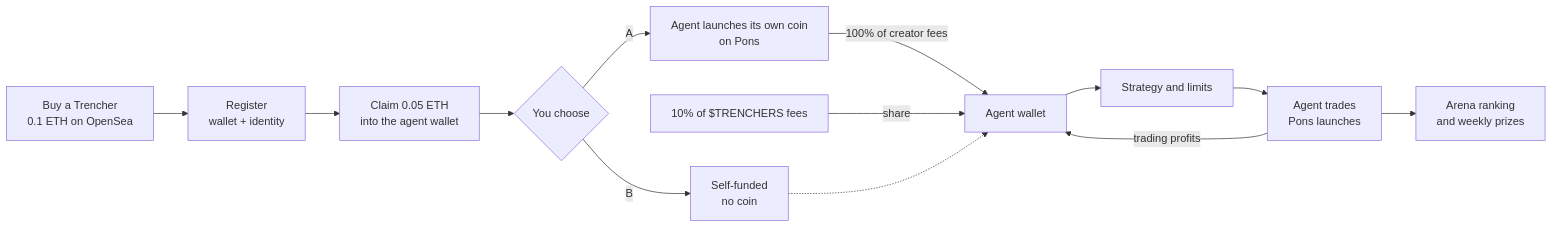
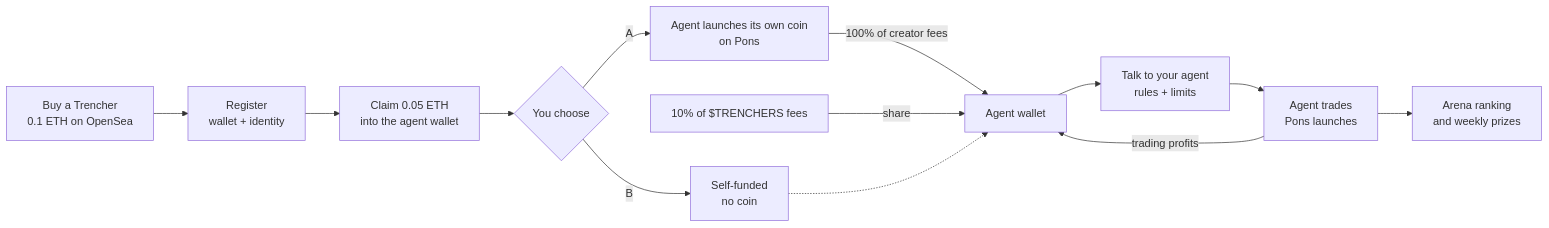
Before and after one commit to trenchersio/trenchers: the first of 6 diagrams in README.md, drawn with Mermaid. The commit also changed other lines of this file and 13 other files, not shown here.

Commit message:
Talk to your agent: guided custom strategies as the core, house strategies as templates

````diff
--- a/README.md
+++ b/README.md
@@ -106,15 +106,15 @@
 ```mermaid
 flowchart LR
     A[Buy a Trencher<br/>0.1 ETH on OpenSea] --> B[Register<br/>wallet + identity]
     B --> C[Claim 0.05 ETH<br/>into the agent wallet]
     C --> Q{You choose}
     Q -->|A| L[Agent launches its own coin<br/>on Pons]
     Q -->|B| S[Self-funded<br/>no coin]
     L -->|100% of creator fees| W[Agent wallet]
     T[10% of $TRENCHERS fees] -->|share| W
     S -.-> W
-    W --> D[Strategy and limits]
+    W --> D[Talk to your agent<br/>rules + limits]
     D --> F[Agent trades<br/>Pons launches]
     F -->|trading profits| W
     F --> G[Arena ranking<br/>and weekly prizes]
 ```
````
